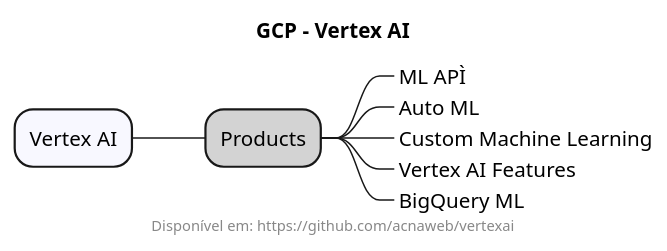
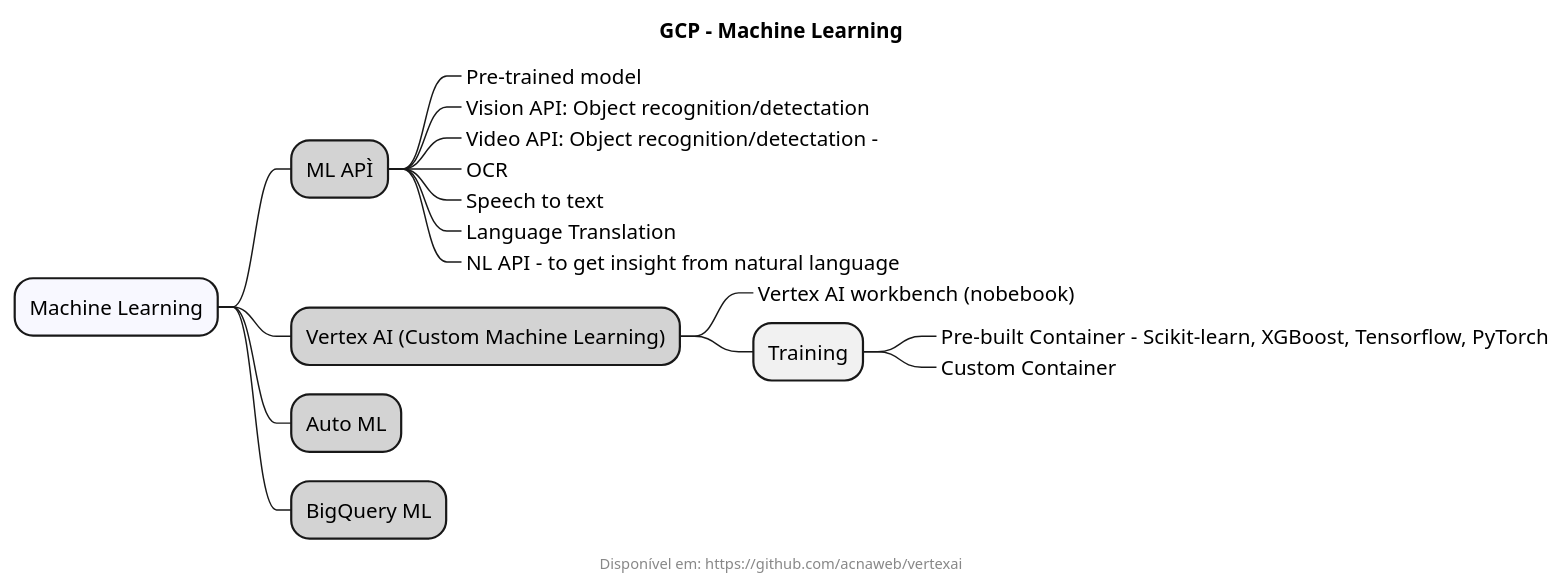
Before and after one commit to acnaweb/vertexai: the diagram in docs/vertexai.puml, drawn with PlantUML. The commit also changed 1 other file, not shown here.

```diff
--- a/docs/vertexai.puml
+++ b/docs/vertexai.puml
@@ -1,16 +1,29 @@
 @startmindmap
 
-title "GCP - Vertex AI"
+title "GCP - Machine Learning"
 footer Disponível em: https://github.com/acnaweb/vertexai
 
-*[#F8F8FF] Vertex AI
+*[#F8F8FF] Machine Learning
 
-**[#LightGray] Products
+**[#LightGray] ML APÌ
+***_ Pre-trained model
+***_ Vision API: Object recognition/detectation
+***_ Video API: Object recognition/detectation - 
+***_ OCR
+***_ Speech to text
+***_ Language Translation
+***_ NL API - to get insight from natural language
 
-***_ ML APÌ
-***_ Auto ML
-***_ Custom Machine Learning
-***_ Vertex AI Features
-***_ BigQuery ML
+**[#LightGray] Vertex AI (Custom Machine Learning)
+***_ Vertex AI workbench (nobebook)
+*** Training
+****_ Pre-built Container - Scikit-learn, XGBoost, Tensorflow, PyTorch
+****_ Custom Container
+
+**[#LightGray] Auto ML
+
+**[#LightGray] BigQuery ML
+
+
 
 @endmindmap
```
